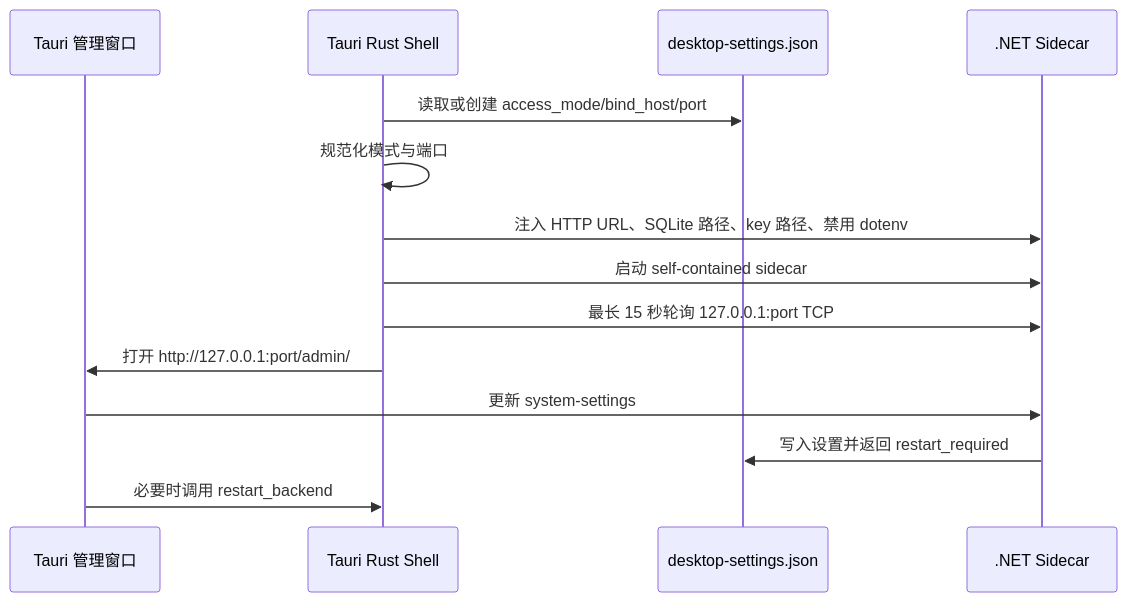
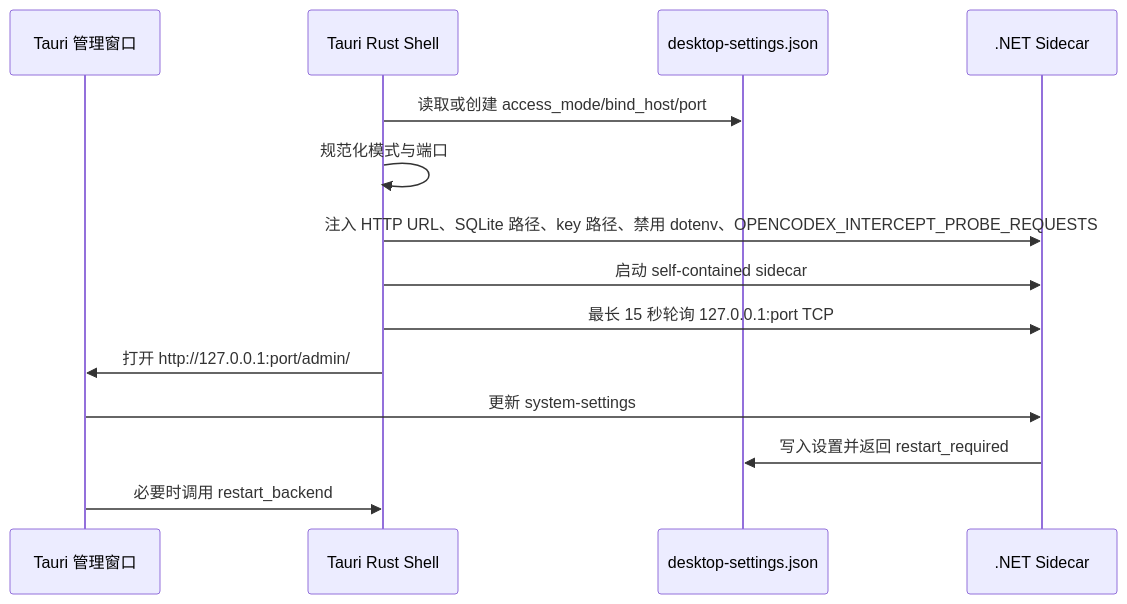
The second of 2 diagrams in prd/12-configuration.md (shL1481558059/OpenCodex), drawn with Mermaid before and after one commit. The commit also changed other lines of this file and 21 other files, not shown here.

````diff
--- a/prd/12-configuration.md
+++ b/prd/12-configuration.md
@@ -165,17 +175,17 @@
 ```mermaid
 sequenceDiagram
     participant UI as Tauri 管理窗口
     participant Rust as Tauri Rust Shell
     participant File as desktop-settings.json
     participant API as .NET Sidecar
 
     Rust->>File: 读取或创建 access_mode/bind_host/port
     Rust->>Rust: 规范化模式与端口
-    Rust->>API: 注入 HTTP URL、SQLite 路径、key 路径、禁用 dotenv
+    Rust->>API: 注入 HTTP URL、SQLite 路径、key 路径、禁用 dotenv、OPENCODEX_INTERCEPT_PROBE_REQUESTS
     Rust->>API: 启动 self-contained sidecar
     Rust->>API: 最长 15 秒轮询 127.0.0.1:port TCP
     Rust->>UI: 打开 http://127.0.0.1:port/admin/
     UI->>API: 更新 system-settings
     API->>File: 写入设置并返回 restart_required
     UI->>Rust: 必要时调用 restart_backend
 ```
````
